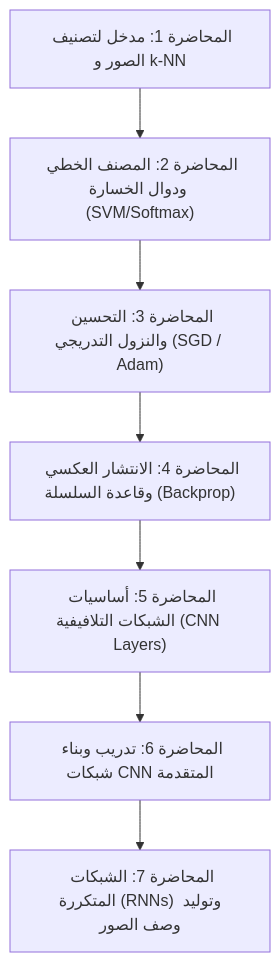
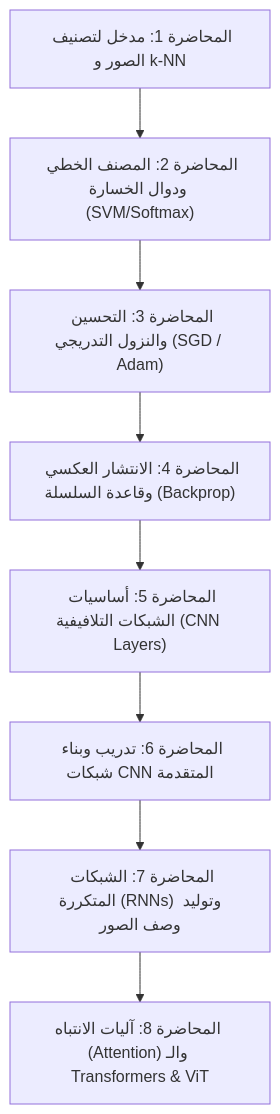
The diagram in README.md (mohamad-hadi-said/Deep-Learning-for-Computer-Vision), drawn with Mermaid before and after one commit. The commit also changed other lines of this file and 4 other files, not shown here.

````diff
--- a/README.md
+++ b/README.md
@@ -43,9 +45,10 @@
 ```mermaid
 flowchart TD
     A["المحاضرة 1: مدخل لتصنيف الصور و k-NN"] --> B["المحاضرة 2: المصنف الخطي ودوال الخسارة (SVM/Softmax)"]
     B --> C["المحاضرة 3: التحسين والنزول التدريجي (SGD / Adam)"]
     C --> D["المحاضرة 4: الانتشار العكسي وقاعدة السلسلة (Backprop)"]
     D --> E["المحاضرة 5: أساسيات الشبكات التلافيفية (CNN Layers)"]
     E --> F["المحاضرة 6: تدريب وبناء شبكات CNN المتقدمة"]
     F --> G["المحاضرة 7: الشبكات المتكررة (RNNs) وتوليد وصف الصور"]
+    G --> H["المحاضرة 8: آليات الانتباه (Attention) والـ Transformers & ViT"]
 ```
````
